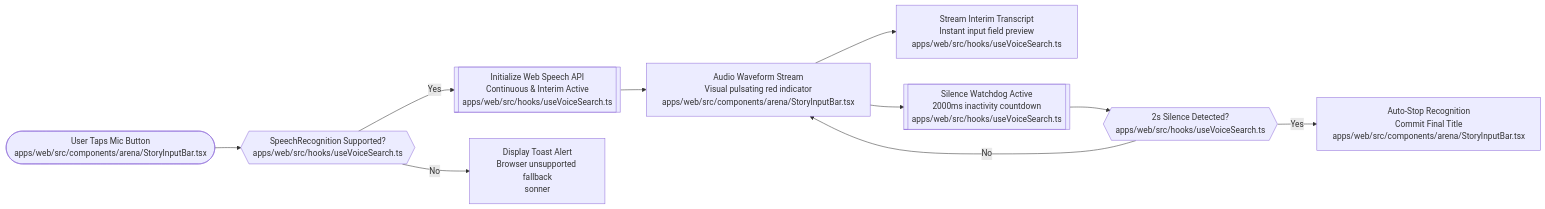
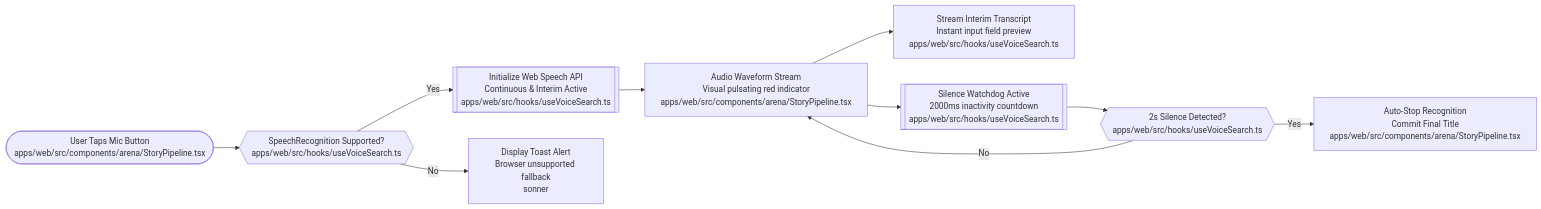
The fourth of 7 diagrams in docs/architecture.md (kxnghans/blindscrum), drawn with Mermaid before and after one commit. The commit also changed 15 other files, not shown here.

Commit message:
feat(arena): avatar-on-card architecture, neumorphic wells, embedded mic, and documentation refinement

````diff
--- a/docs/architecture.md
+++ b/docs/architecture.md
@@ -130,15 +130,15 @@
 ```mermaid
 flowchart LR
-    MicClick(["User Taps Mic Button<br/>apps/web/src/components/arena/StoryInputBar.tsx"]) --> SupportCheck{{"SpeechRecognition Supported?<br/>apps/web/src/hooks/useVoiceSearch.ts"}}
+    MicClick(["User Taps Mic Button<br/>apps/web/src/components/arena/StoryPipeline.tsx"]) --> SupportCheck{{"SpeechRecognition Supported?<br/>apps/web/src/hooks/useVoiceSearch.ts"}}
 
     SupportCheck -- Yes --> StartEngine[["Initialize Web Speech API<br/>Continuous & Interim Active<br/>apps/web/src/hooks/useVoiceSearch.ts"]]
     SupportCheck -- No --> ToastFallback["Display Toast Alert<br/>Browser unsupported fallback<br/>sonner"]
 
-    StartEngine --> StreamAudio["Audio Waveform Stream<br/>Visual pulsating red indicator<br/>apps/web/src/components/arena/StoryInputBar.tsx"]
+    StartEngine --> StreamAudio["Audio Waveform Stream<br/>Visual pulsating red indicator<br/>apps/web/src/components/arena/StoryPipeline.tsx"]
     StreamAudio --> InterimProcess["Stream Interim Transcript<br/>Instant input field preview<br/>apps/web/src/hooks/useVoiceSearch.ts"]
     StreamAudio --> SilenceWatchdog[["Silence Watchdog Active<br/>2000ms inactivity countdown<br/>apps/web/src/hooks/useVoiceSearch.ts"]]
 
     SilenceWatchdog --> SilenceTrigger{{"2s Silence Detected?<br/>apps/web/src/hooks/useVoiceSearch.ts"}}
-    SilenceTrigger -- Yes --> AutoStop["Auto-Stop Recognition<br/>Commit Final Title<br/>apps/web/src/components/arena/StoryInputBar.tsx"]
+    SilenceTrigger -- Yes --> AutoStop["Auto-Stop Recognition<br/>Commit Final Title<br/>apps/web/src/components/arena/StoryPipeline.tsx"]
     SilenceTrigger -- No --> StreamAudio
 ```
````
